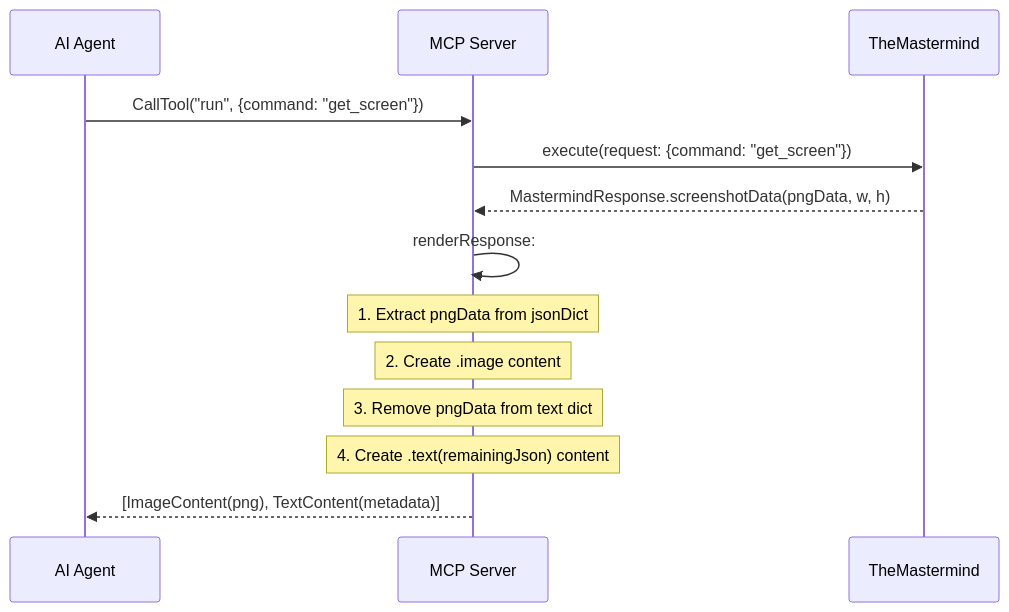
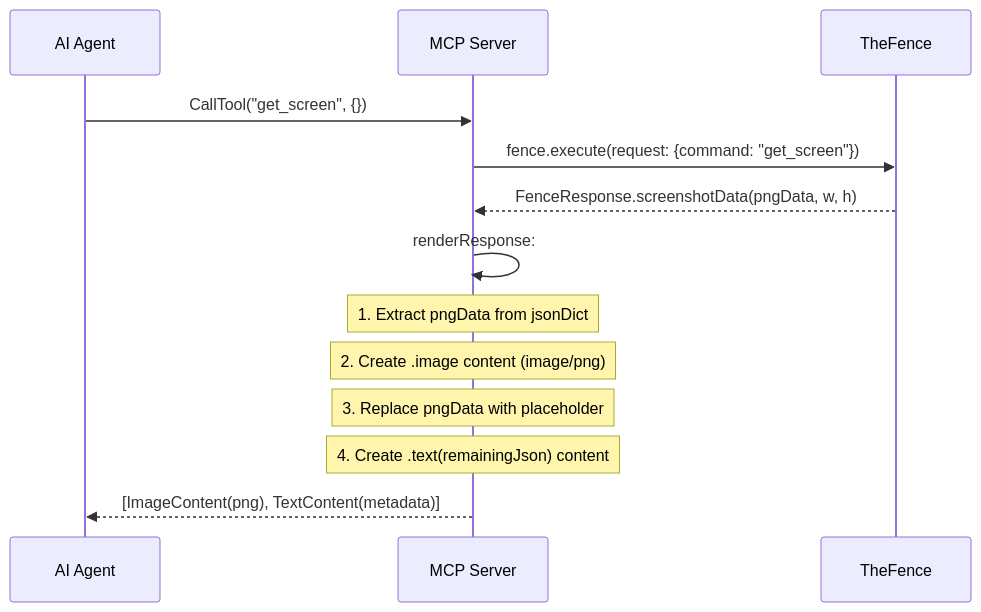
The third of 3 diagrams in docs/dossiers/12-MCP.md (RoyalPineapple/TheButtonHeist), drawn with Mermaid before and after one commit. The commit also changed other lines of this file and 15 other files, not shown here.

````diff
--- a/docs/dossiers/12-MCP.md
+++ b/docs/dossiers/12-MCP.md
@@ -72,16 +109,16 @@
 ```mermaid
 sequenceDiagram
     participant AI as AI Agent
     participant MCP as MCP Server
-    participant TM as TheMastermind
+    participant TF as TheFence
 
-    AI->>MCP: CallTool("run", {command: "get_screen"})
-    MCP->>TM: execute(request: {command: "get_screen"})
-    TM-->>MCP: MastermindResponse.screenshotData(pngData, w, h)
+    AI->>MCP: CallTool("get_screen", {})
+    MCP->>TF: fence.execute(request: {command: "get_screen"})
+    TF-->>MCP: FenceResponse.screenshotData(pngData, w, h)
     MCP->>MCP: renderResponse:
     Note over MCP: 1. Extract pngData from jsonDict
-    Note over MCP: 2. Create .image content
-    Note over MCP: 3. Remove pngData from text dict
+    Note over MCP: 2. Create .image content (image/png)
+    Note over MCP: 3. Replace pngData with placeholder
     Note over MCP: 4. Create .text(remainingJson) content
     MCP-->>AI: [ImageContent(png), TextContent(metadata)]
 ```
````
